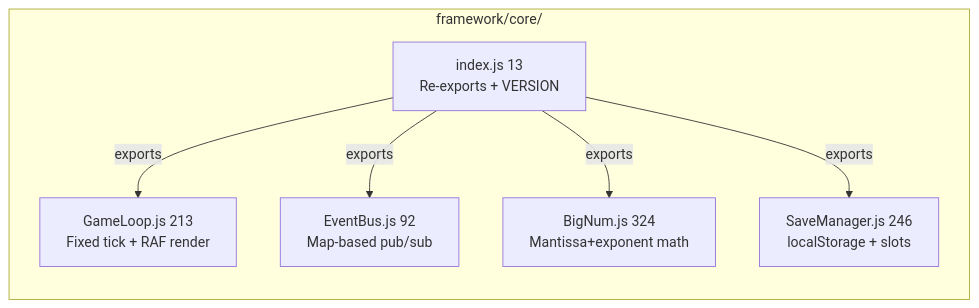
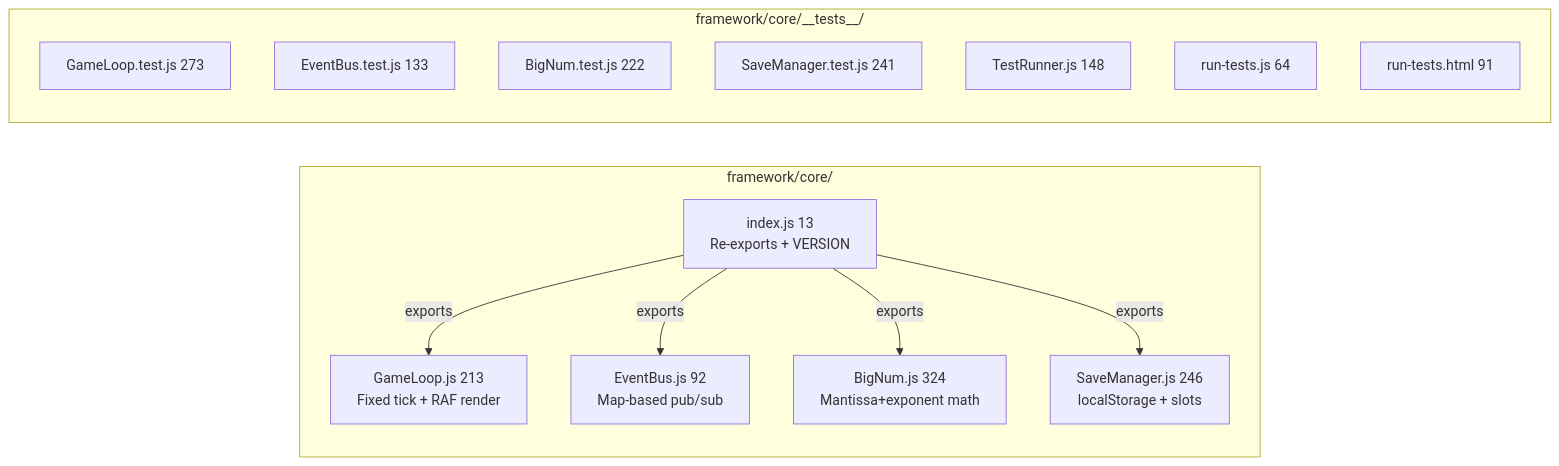
One commit to J-Gierend/gamePocGen changed the third of 10 diagrams in AI/document/01-file-map.md. Above: the diagram before and after it, drawn with Mermaid. The commit also changed other lines of this file and 5 other files, not shown here.

````diff
--- a/AI/document/01-file-map.md
+++ b/AI/document/01-file-map.md
@@ -54,15 +54,25 @@
 ```mermaid
 graph LR
     subgraph "framework/core/"
         GL["GameLoop.js 213\nFixed tick + RAF render"]
         EB["EventBus.js 92\nMap-based pub/sub"]
         BN["BigNum.js 324\nMantissa+exponent math"]
         SM["SaveManager.js 246\nlocalStorage + slots"]
         CI["index.js 13\nRe-exports + VERSION"]
     end
 
+    subgraph "framework/core/__tests__/"
+        GLT["GameLoop.test.js 273"]
+        EBT["EventBus.test.js 133"]
+        BNT["BigNum.test.js 222"]
+        SMT["SaveManager.test.js 241"]
+        TR["TestRunner.js 148"]
+        RR["run-tests.js 64"]
+        RH["run-tests.html 91"]
+    end
+
     CI -->|"exports"| GL
     CI -->|"exports"| EB
     CI -->|"exports"| BN
     CI -->|"exports"| SM
 ```
````
